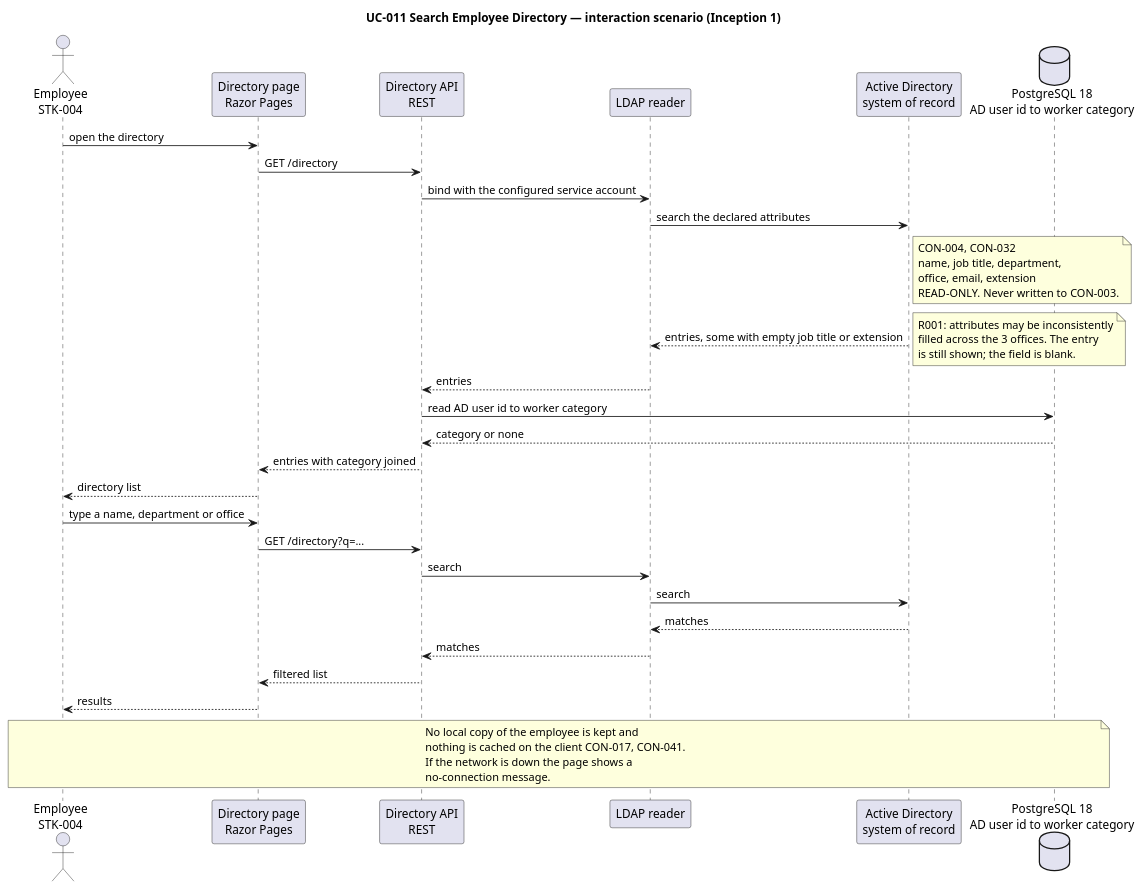
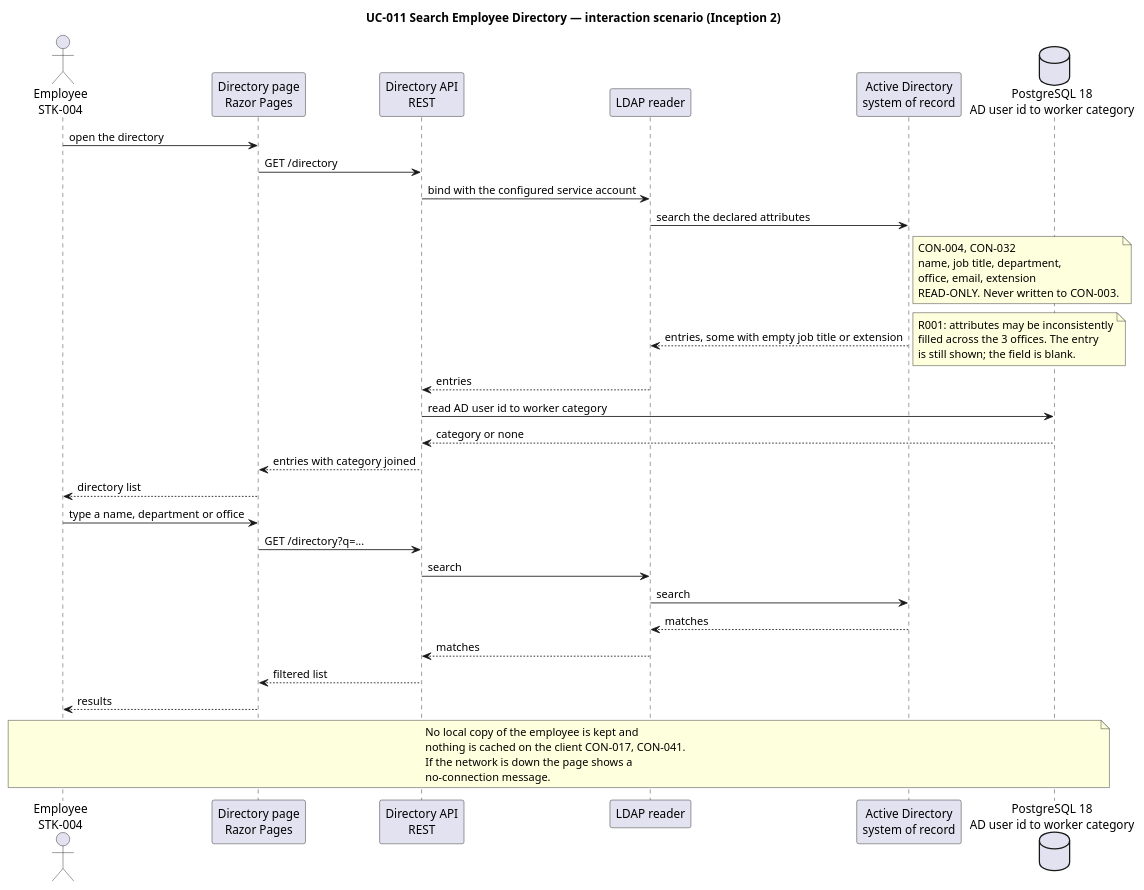
The third of 6 diagrams in docs/artifacts/requirements/use-case-model.md (banense-test/portal), drawn with PlantUML before and after one commit. The commit also changed other lines of this file, not shown here.

````diff
--- a/docs/artifacts/requirements/use-case-model.md
+++ b/docs/artifacts/requirements/use-case-model.md
@@ -237,50 +237,50 @@
 ```plantuml
 @startuml
-title UC-011 Search Employee Directory — interaction scenario (Inception 1)
+title UC-011 Search Employee Directory — interaction scenario (Inception 2)
 
 actor "Employee\nSTK-004" as EMP
 participant "Directory page\nRazor Pages" as UI
 participant "Directory API\nREST" as API
 participant "LDAP reader" as LDAP
 participant "Active Directory\nsystem of record" as AD
 database "PostgreSQL 18\nAD user id to worker category" as DB
 
 EMP -> UI : open the directory
 UI -> API : GET /directory
 API -> LDAP : bind with the configured service account
 LDAP -> AD : search the declared attributes
 note right of AD
   CON-004, CON-032
   name, job title, department,
   office, email, extension
   READ-ONLY. Never written to CON-003.
 end note
 AD --> LDAP : entries, some with empty job title or extension
 note right
   R001: attributes may be inconsistently
   filled across the 3 offices. The entry
   is still shown; the field is blank.
 end note
 LDAP --> API : entries
 API -> DB : read AD user id to worker category
 DB --> API : category or none
 API --> UI : entries with category joined
 UI --> EMP : directory list
 
 EMP -> UI : type a name, department or office
 UI -> API : GET /directory?q=...
 API -> LDAP : search
 LDAP -> AD : search
 AD --> LDAP : matches
 LDAP --> API : matches
 API --> UI : filtered list
 UI --> EMP : results
 
 note over EMP, DB
   No local copy of the employee is kept and
   nothing is cached on the client CON-017, CON-041.
   If the network is down the page shows a
   no-connection message.
 end note
 @enduml
 ```
````
